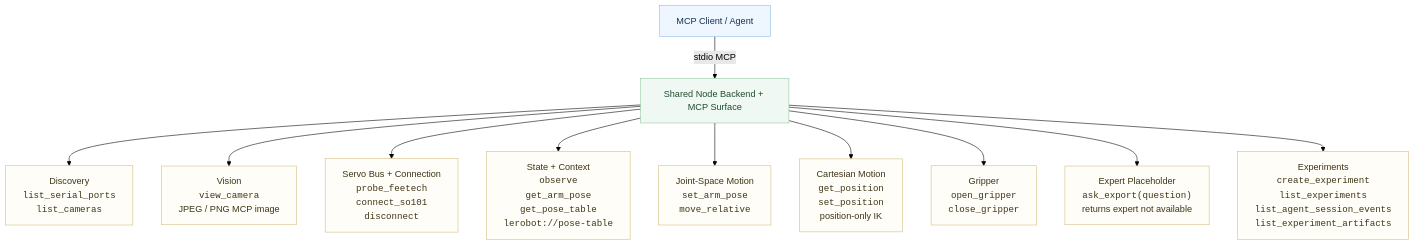
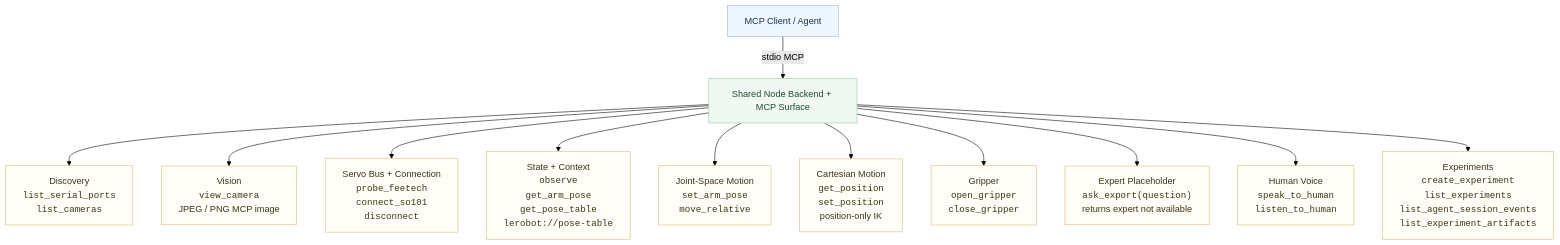
Before and after one commit to JacobFV/chem-0: the second of 2 diagrams in docs/architecture.md, drawn with Mermaid (forest theme). The commit also changed other lines of this file and 16 other files, not shown here.

Commit message:
Add optional human voice tools

````diff
--- a/docs/architecture.md
+++ b/docs/architecture.md
@@ -82,33 +86,35 @@
 ```mermaid
 flowchart TB
     client["MCP Client / Agent"]
     server["Shared Node Backend + MCP Surface"]
 
     discovery["Discovery<br/><code>list_serial_ports</code><br/><code>list_cameras</code>"]
     vision["Vision<br/><code>view_camera</code><br/>JPEG / PNG MCP image"]
     bus_tools["Servo Bus + Connection<br/><code>probe_feetech</code><br/><code>connect_so101</code><br/><code>disconnect</code>"]
     state["State + Context<br/><code>observe</code><br/><code>get_arm_pose</code><br/><code>get_pose_table</code><br/><code>lerobot://pose-table</code>"]
     joint_motion["Joint-Space Motion<br/><code>set_arm_pose</code><br/><code>move_relative</code>"]
     cart_motion["Cartesian Motion<br/><code>get_position</code><br/><code>set_position</code><br/>position-only IK"]
     gripper["Gripper<br/><code>open_gripper</code><br/><code>close_gripper</code>"]
     expert_tool["Expert Placeholder<br/><code>ask_export(question)</code><br/>returns expert not available"]
+    voice["Human Voice<br/><code>speak_to_human</code><br/><code>listen_to_human</code>"]
     experiments["Experiments<br/><code>create_experiment</code><br/><code>list_experiments</code><br/><code>list_agent_session_events</code><br/><code>list_experiment_artifacts</code>"]
 
     client -->|"stdio MCP"| server
     server --> discovery
     server --> vision
     server --> bus_tools
     server --> state
     server --> joint_motion
     server --> cart_motion
     server --> gripper
     server --> expert_tool
+    server --> voice
     server --> experiments
 
     classDef client fill:#eef6ff,stroke:#8fbceb,color:#17324d
     classDef server fill:#f0f8f3,stroke:#92c8a0,color:#1f4d2d
     classDef affordance fill:#fffdf7,stroke:#d2bd7d,color:#3d3416
     class client client
     class server server
-    class discovery,vision,bus_tools,state,joint_motion,cart_motion,gripper,expert_tool,experiments affordance
+    class discovery,vision,bus_tools,state,joint_motion,cart_motion,gripper,expert_tool,voice,experiments affordance
 ```
````
